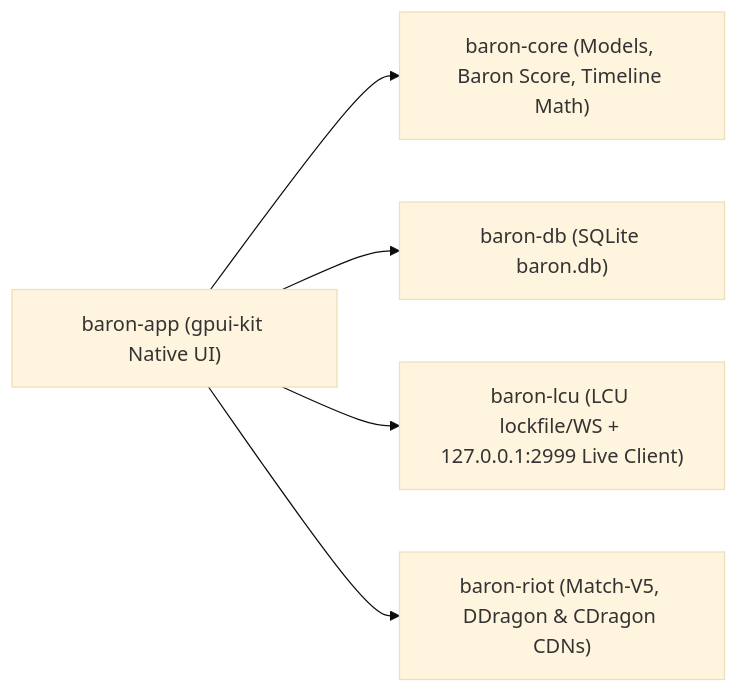
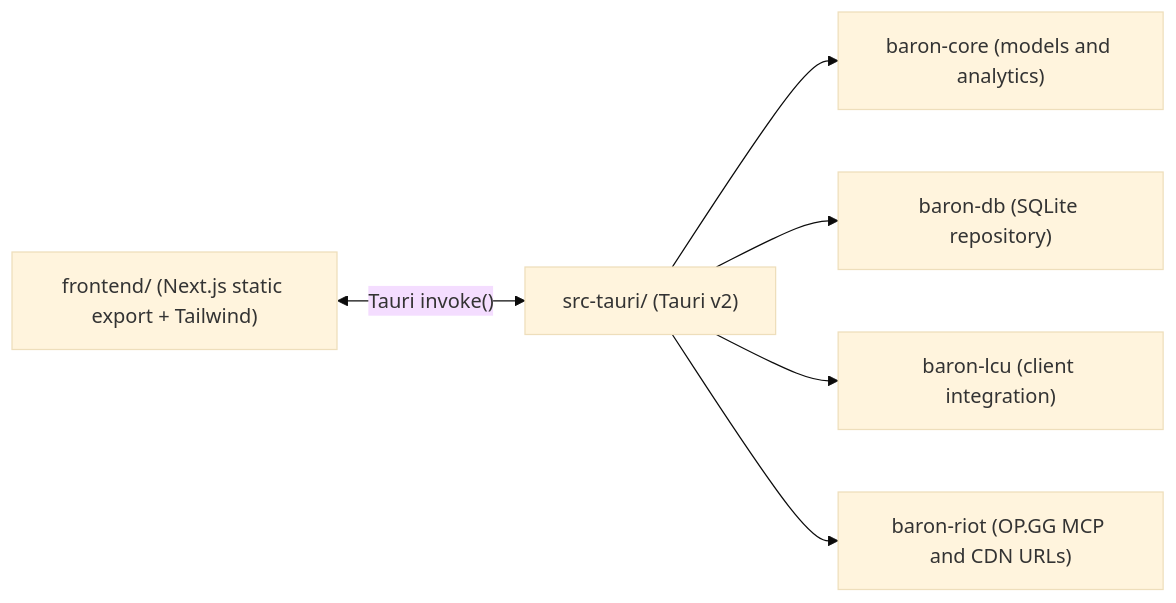
Before and after one commit to lucasram20/baron: the diagram in README.md, drawn with Mermaid (base theme). The commit also changed other lines of this file and 2 other files, not shown here.

````diff
--- a/README.md
+++ b/README.md
@@ -62,7 +50,8 @@
 ```mermaid
 flowchart LR
-    UI["baron-app (gpui-kit Native UI)"] --> Core["baron-core (Models, Baron Score, Timeline Math)"]
-    UI --> DB["baron-db (SQLite baron.db)"]
-    UI --> LCU["baron-lcu (LCU lockfile/WS + 127.0.0.1:2999 Live Client)"]
-    UI --> Riot["baron-riot (Match-V5, DDragon & CDragon CDNs)"]
+    UI["frontend/ (Next.js static export + Tailwind)"] <-->|"Tauri invoke()"| Host["src-tauri/ (Tauri v2)"]
+    Host --> Core["baron-core (models and analytics)"]
+    Host --> DB["baron-db (SQLite repository)"]
+    Host --> LCU["baron-lcu (client integration)"]
+    Host --> Riot["baron-riot (OP.GG MCP and CDN URLs)"]
 ```
````
